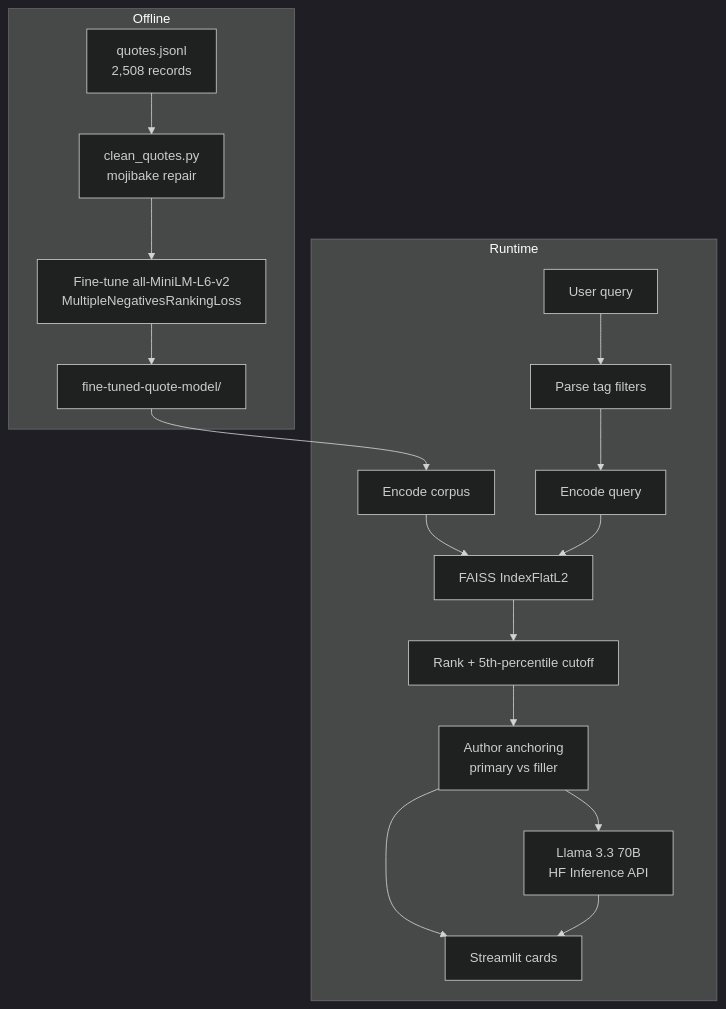
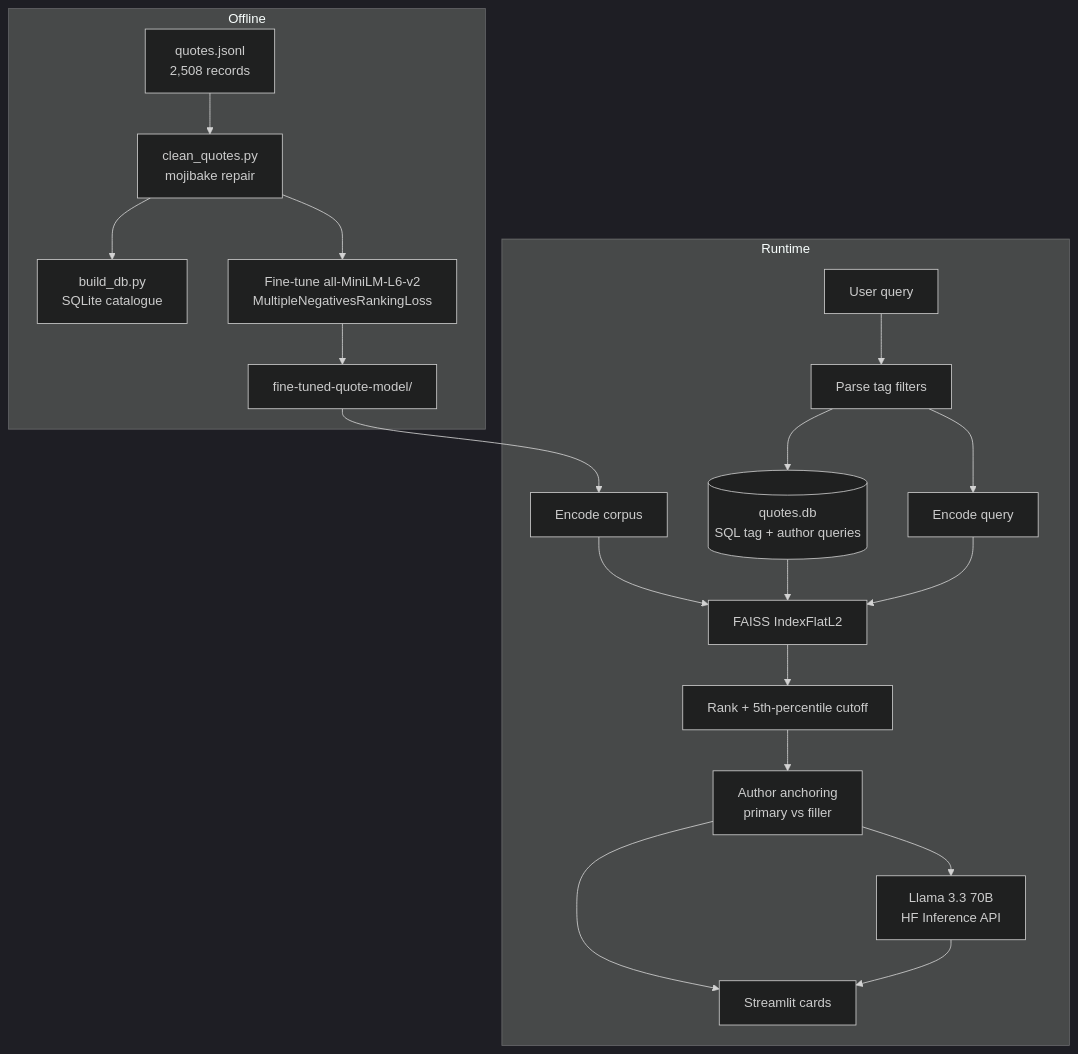
The diagram in README.md (VishnujanNarayanan/Quotes_Retrieval), drawn with Mermaid (dark theme) before and after one commit. The commit also changed other lines of this file and 21 other files, not shown here.

````diff
--- a/README.md
+++ b/README.md
@@ -62,21 +73,24 @@
 ```mermaid
 flowchart TB
     subgraph Offline
         Raw["quotes.jsonl<br/>2,508 records"] --> Clean["clean_quotes.py<br/>mojibake repair"]
+        Clean --> DB["build_db.py<br/>SQLite catalogue"]
         Clean --> FT["Fine-tune all-MiniLM-L6-v2<br/>MultipleNegativesRankingLoss"]
         FT --> Model["fine-tuned-quote-model/"]
     end
 
     subgraph Runtime
         Model --> Embed["Encode corpus"]
         Embed --> Index["FAISS IndexFlatL2"]
         Q["User query"] --> Parse["Parse tag filters"]
+        Parse --> SQL[("quotes.db<br/>SQL tag + author queries")]
+        SQL --> Index
         Parse --> QEmb["Encode query"]
         QEmb --> Index
         Index --> Rank["Rank + 5th-percentile cutoff"]
         Rank --> Anchor["Author anchoring<br/>primary vs filler"]
         Anchor --> UI["Streamlit cards"]
         Anchor --> LLM["Llama 3.3 70B<br/>HF Inference API"]
         LLM --> UI
     end
 ```
````
